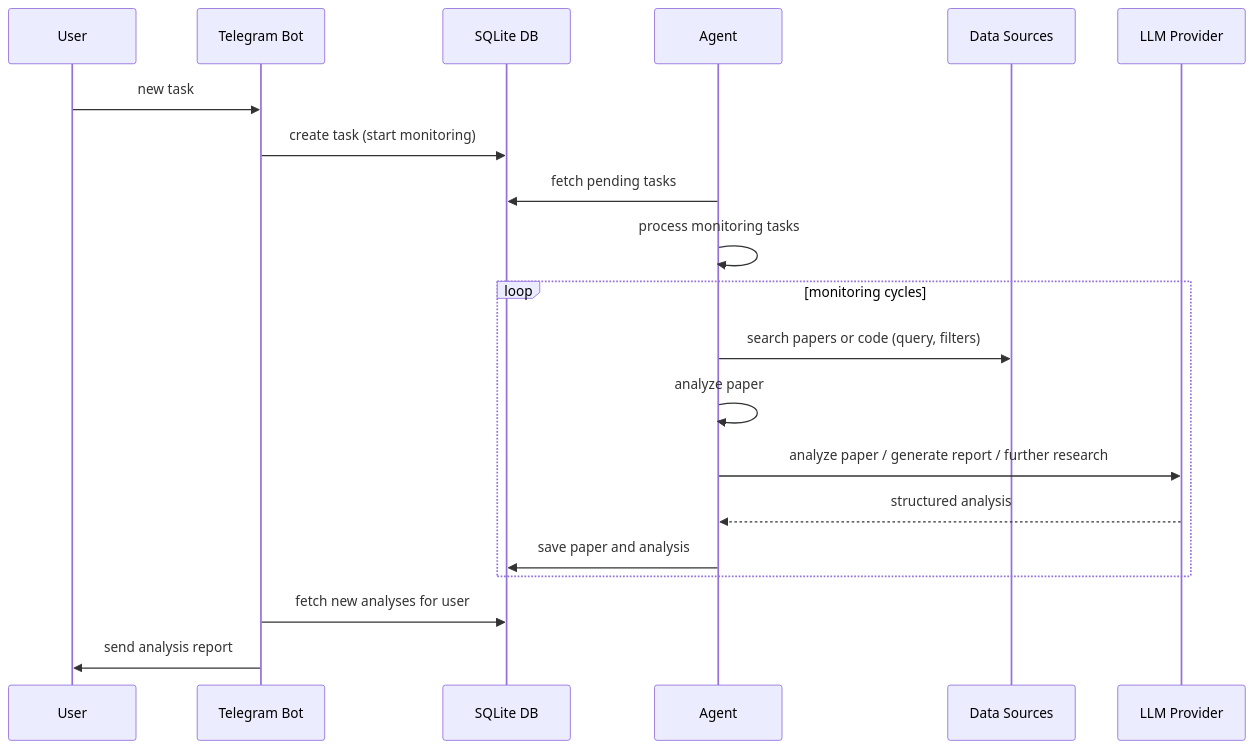
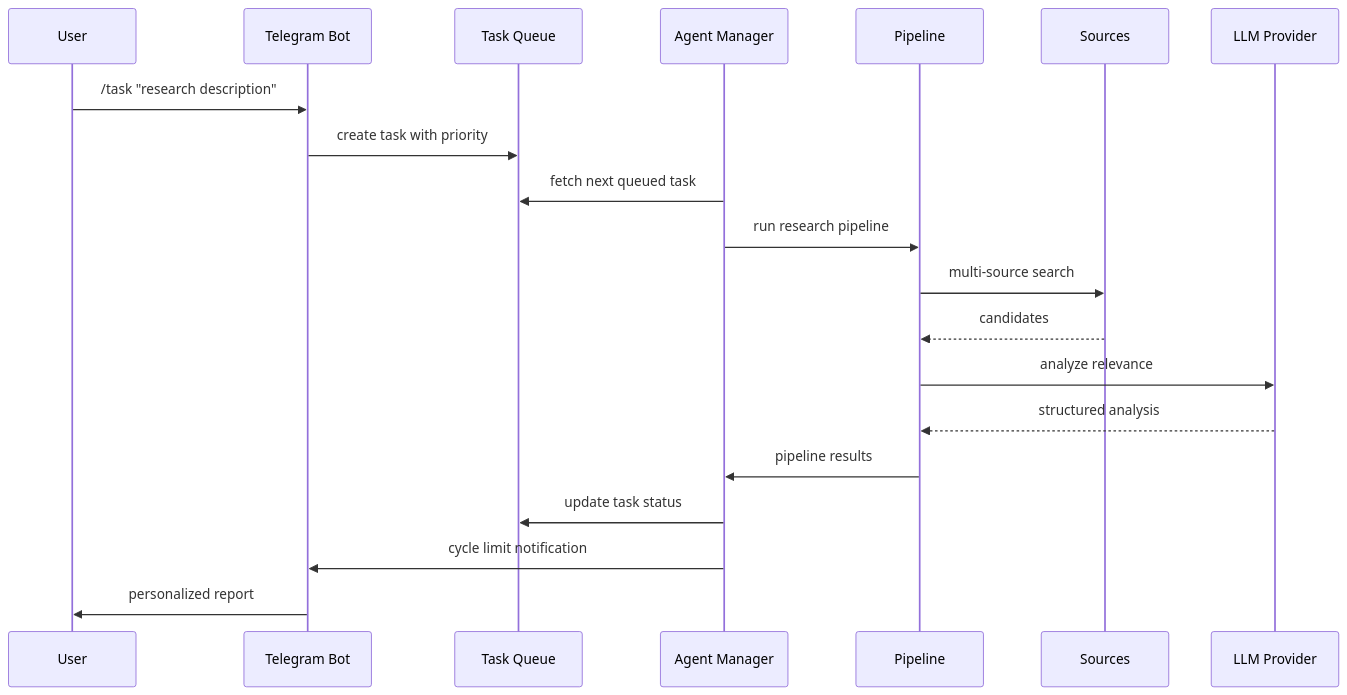
The diagram in README.md (fresh-milkshake/searcher-agent), drawn with Mermaid before and after one commit. The commit also changed other lines of this file, not shown here.

````diff
--- a/README.md
+++ b/README.md
@@ -47,23 +62,23 @@
 ```mermaid
 sequenceDiagram
   participant U as User
   participant B as Telegram Bot
-  participant DB as SQLite DB
-  participant AG as Agent
-  participant AX as Data Sources
+  participant Q as Task Queue
+  participant AG as Agent Manager
+  participant P as Pipeline
+  participant S as Sources
   participant LLM as LLM Provider
 
-  U->>B: new task
-  B->>DB: create task (start monitoring)
-  AG->>DB: fetch pending tasks
-  AG->>AG: process monitoring tasks
-  loop monitoring cycles
-    AG->>AX: search papers or code (query, filters)
-    AG->>AG: analyze paper
-    AG->>LLM: analyze paper / generate report / further research
-    LLM-->>AG: structured analysis
-    AG->>DB: save paper and analysis
-  end
-  B->>DB: fetch new analyses for user
-  B->>U: send analysis report
+  U->>B: /task "research description"
+  B->>Q: create task with priority
+  AG->>Q: fetch next queued task
+  AG->>P: run research pipeline
+  P->>S: multi-source search
+  S-->>P: candidates
+  P->>LLM: analyze relevance
+  LLM-->>P: structured analysis
+  P->>AG: pipeline results
+  AG->>Q: update task status
+  AG->>B: cycle limit notification
+  B->>U: personalized report
 ```
````
